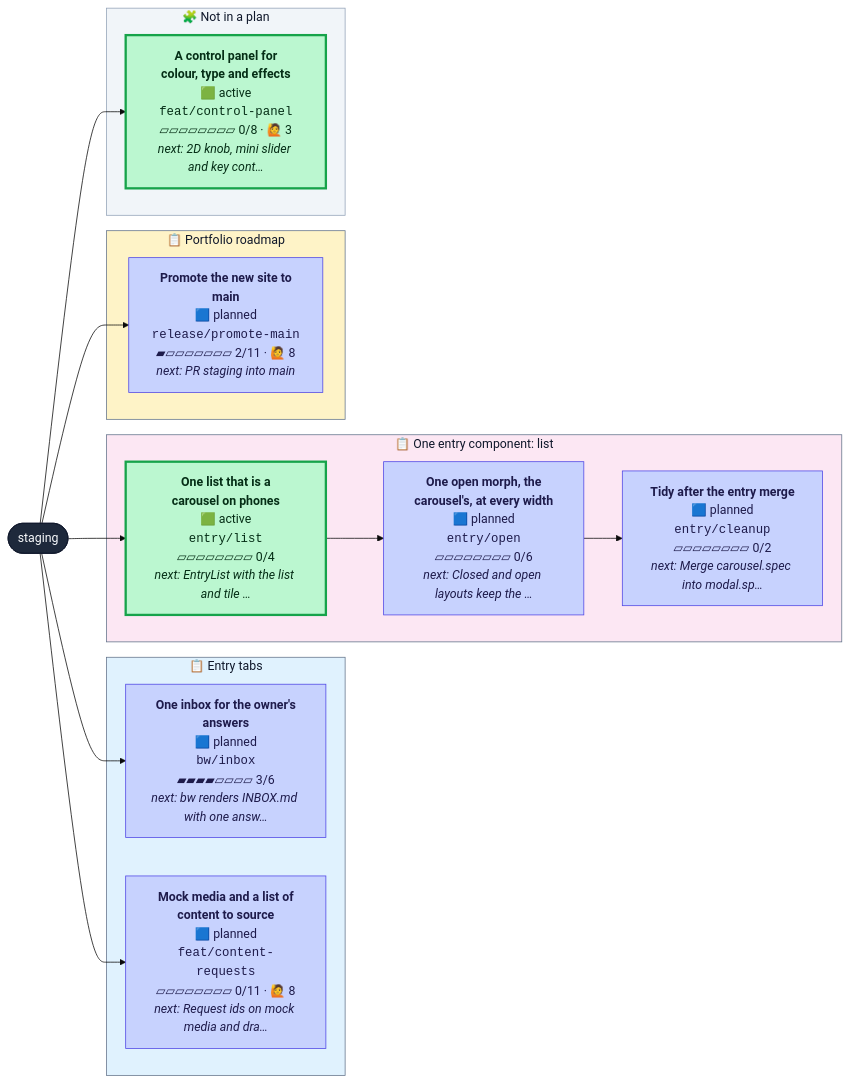
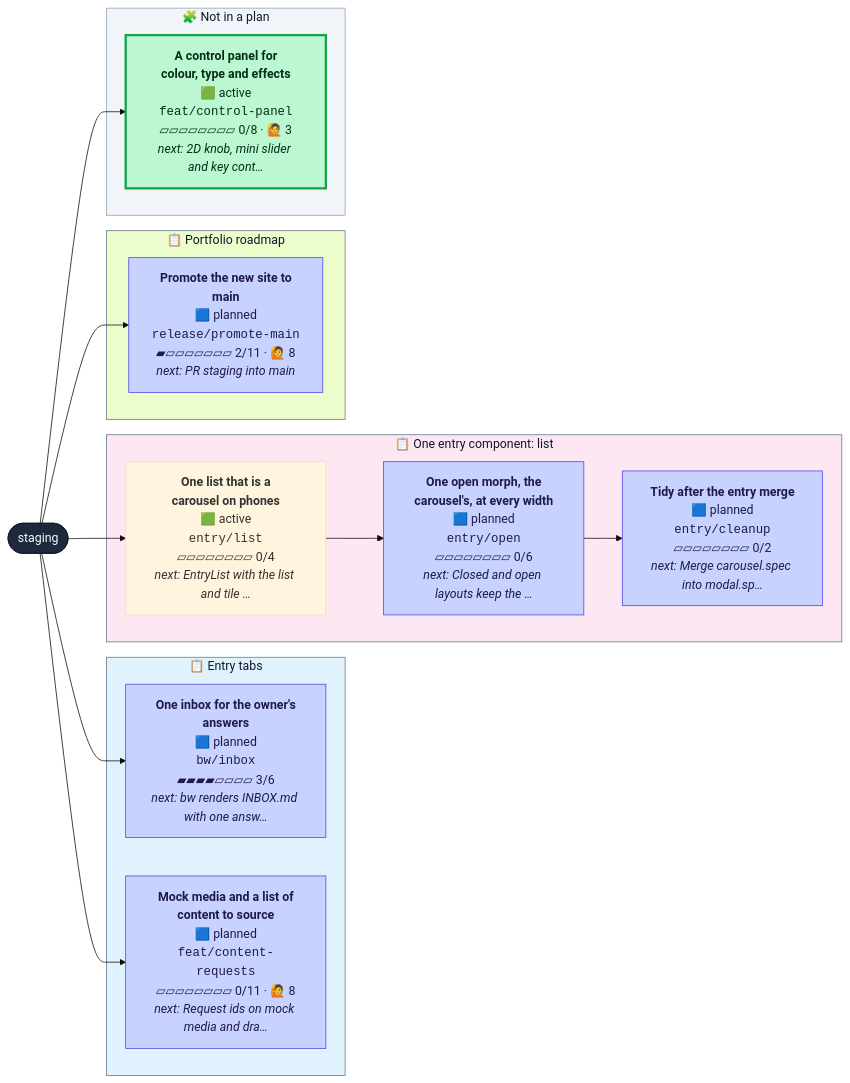
One commit to henryjonescodes/portfolio changed the diagram in CONTRIBUTING.md. Above: the diagram before and after it, drawn with Mermaid (base theme). The commit also changed other lines of this file and 1 other file, not shown here.

````diff
--- a/CONTRIBUTING.md
+++ b/CONTRIBUTING.md
@@ -16,44 +16,44 @@
 ```mermaid
 flowchart LR
   n_staging([staging])
   class n_staging trunk
   subgraph plan_0["📋 Entry tabs"]
     n_bw_inbox["<b>One inbox for the owner's<br/>answers</b><br/>🟦 planned<br/><code>bw/inbox</code><br/>▰▰▰▰▱▱▱▱ 3/6<br/><i>next: bw renders INBOX.md with one answ…</i>"]
     class n_bw_inbox planned
     n_feat_content_requests["<b>Mock media and a list of<br/>content to source</b><br/>🟦 planned<br/><code>feat/content-requests</code><br/>▱▱▱▱▱▱▱▱ 0/11 · 🙋 8<br/><i>next: Request ids on mock media and dra…</i>"]
     class n_feat_content_requests planned
   end
   style plan_0 fill:#e0f2fe,stroke:#64748b,color:#0f172a
   subgraph plan_1["📋 One entry component: list"]
     n_entry_cleanup["<b>Tidy after the entry merge</b><br/>🟦 planned<br/><code>entry/cleanup</code><br/>▱▱▱▱▱▱▱▱ 0/2<br/><i>next: Merge carousel.spec into modal.sp…</i>"]
     class n_entry_cleanup planned
     n_entry_list["<b>One list that is a<br/>carousel on phones</b><br/>🟩 active<br/><code>entry/list</code><br/>▱▱▱▱▱▱▱▱ 0/4<br/><i>next: EntryList with the list and tile …</i>"]
-    class n_entry_list active
+    class n_entry_list active,current
     n_entry_open["<b>One open morph, the<br/>carousel's, at every width</b><br/>🟦 planned<br/><code>entry/open</code><br/>▱▱▱▱▱▱▱▱ 0/6<br/><i>next: Closed and open layouts keep the …</i>"]
     class n_entry_open planned
   end
   style plan_1 fill:#fce7f3,stroke:#64748b,color:#0f172a
-  subgraph plan_3["📋 Portfolio roadmap"]
+  subgraph plan_2["📋 Portfolio roadmap"]
     n_release_promote_main["<b>Promote the new site to<br/>main</b><br/>🟦 planned<br/><code>release/promote-main</code><br/>▰▱▱▱▱▱▱▱ 2/11 · 🙋 8<br/><i>next: PR staging into main</i>"]
     class n_release_promote_main planned
   end
-  style plan_3 fill:#fef3c7,stroke:#64748b,color:#0f172a
+  style plan_2 fill:#ecfccb,stroke:#64748b,color:#0f172a
   subgraph loose["🧩 Not in a plan"]
     n_feat_control_panel["<b>A control panel for<br/>colour, type and effects</b><br/>🟩 active<br/><code>feat/control-panel</code><br/>▱▱▱▱▱▱▱▱ 0/8 · 🙋 3<br/><i>next: 2D knob, mini slider and key cont…</i>"]
     class n_feat_control_panel active
   end
   style loose fill:#f1f5f9,stroke:#94a3b8,color:#0f172a
   n_staging --> n_bw_inbox
   n_entry_open --> n_entry_cleanup
   n_staging --> n_entry_list
   n_entry_list --> n_entry_open
   n_staging --> n_feat_content_requests
   n_staging --> n_feat_control_panel
   n_staging --> n_release_promote_main
   classDef planned fill:#c7d2fe,stroke:#4f46e5,color:#1e1b4b
   classDef active fill:#bbf7d0,stroke:#16a34a,stroke-width:3px,color:#052e16
   classDef review fill:#fde68a,stroke:#d97706,stroke-width:3px,color:#451a03
   classDef blocked fill:#fecaca,stroke:#dc2626,stroke-width:3px,color:#450a0a
   classDef trunk fill:#1e293b,stroke:#0f172a,color:#f8fafc
   classDef current stroke:#0ea5e9,stroke-width:5px
 ```
````
